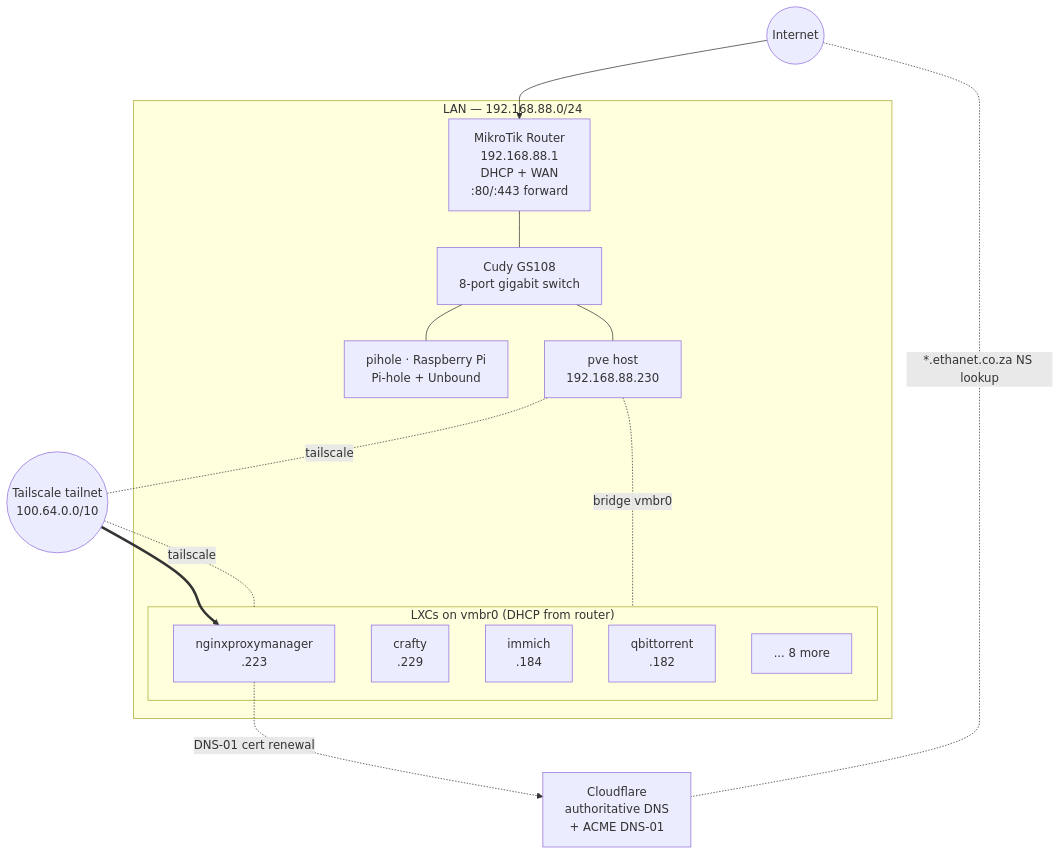
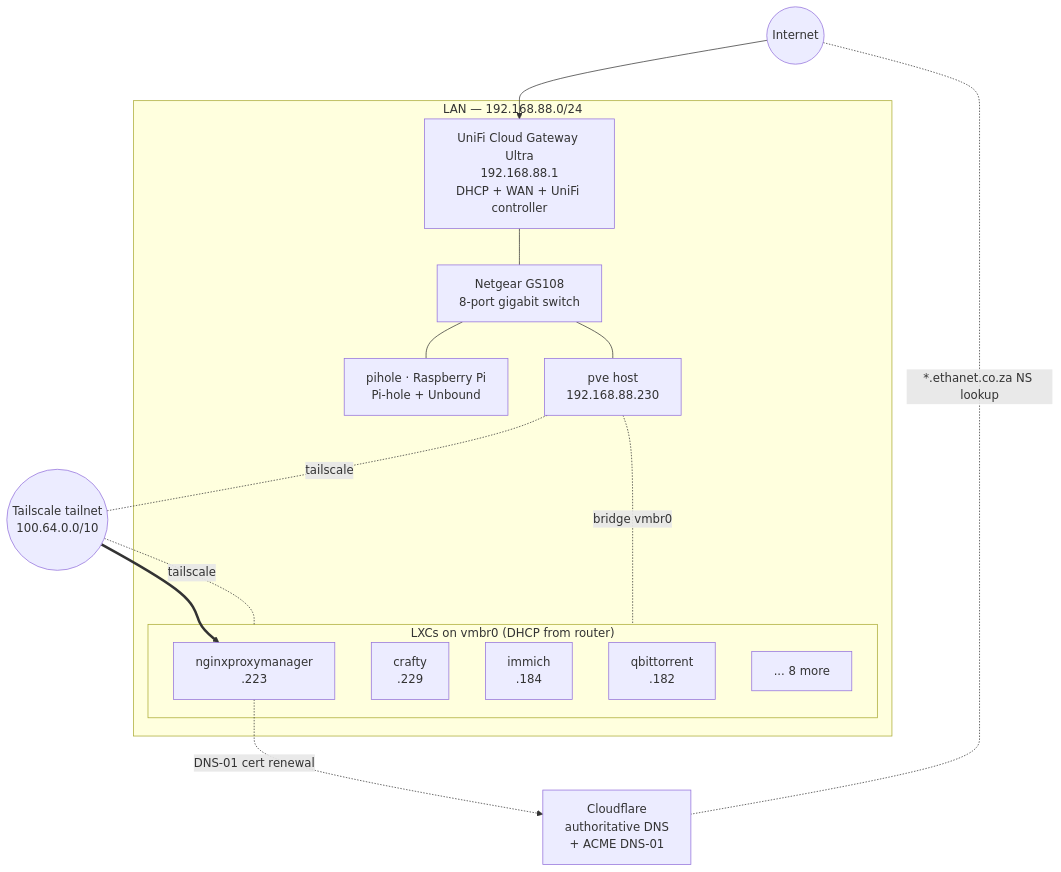
Before and after one commit to EthanFavis/Ethanet: the diagram in docs/network.md, drawn with Mermaid. The commit also changed other lines of this file and 4 other files, not shown here.

First line of the commit message:
docs: UCG-Ultra gateway, document hermes (CT112), refresh storage + counts

````diff
--- a/docs/network.md
+++ b/docs/network.md
@@ -3,31 +3,31 @@
 ```mermaid
 flowchart TB
     Internet((Internet))
     CF[Cloudflare<br/>authoritative DNS<br/>+ ACME DNS-01]
 
     subgraph LAN["LAN — 192.168.88.0/24"]
-        Router[MikroTik Router<br/>192.168.88.1<br/>DHCP + WAN<br/>:80/:443 forward]
-        Switch[Cudy GS108<br/>8-port gigabit switch]
+        Router[UniFi Cloud Gateway Ultra<br/>192.168.88.1<br/>DHCP + WAN + UniFi controller]
+        Switch[Netgear GS108<br/>8-port gigabit switch]
         Pi[pihole · Raspberry Pi<br/>Pi-hole + Unbound]
         PVE[pve host<br/>192.168.88.230]
         subgraph Containers["LXCs on vmbr0 (DHCP from router)"]
             NPM[nginxproxymanager<br/>.223]
             Crafty[crafty<br/>.229]
             Immich[immich<br/>.184]
             QB[qbittorrent<br/>.182]
             Etc[... 8 more]
         end
     end
 
     Tailnet((Tailscale tailnet<br/>100.64.0.0/10))
 
     Internet --> Router
     Router --- Switch
     Switch --- Pi & PVE
     PVE -.bridge vmbr0.- Containers
     NPM -. "DNS-01 cert renewal" .-> CF
     Internet -. "*.ethanet.co.za NS lookup" .- CF
     Containers -.tailscale.- Tailnet
     PVE -.tailscale.- Tailnet
     Tailnet ==> NPM
 ```
````
